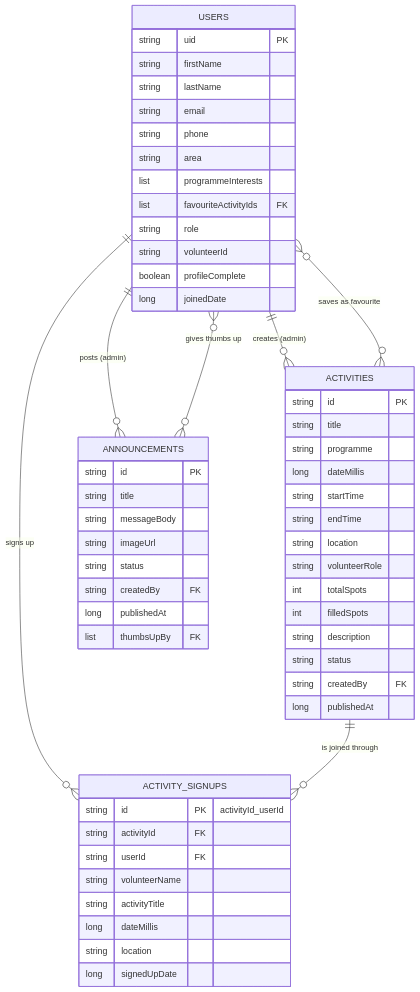
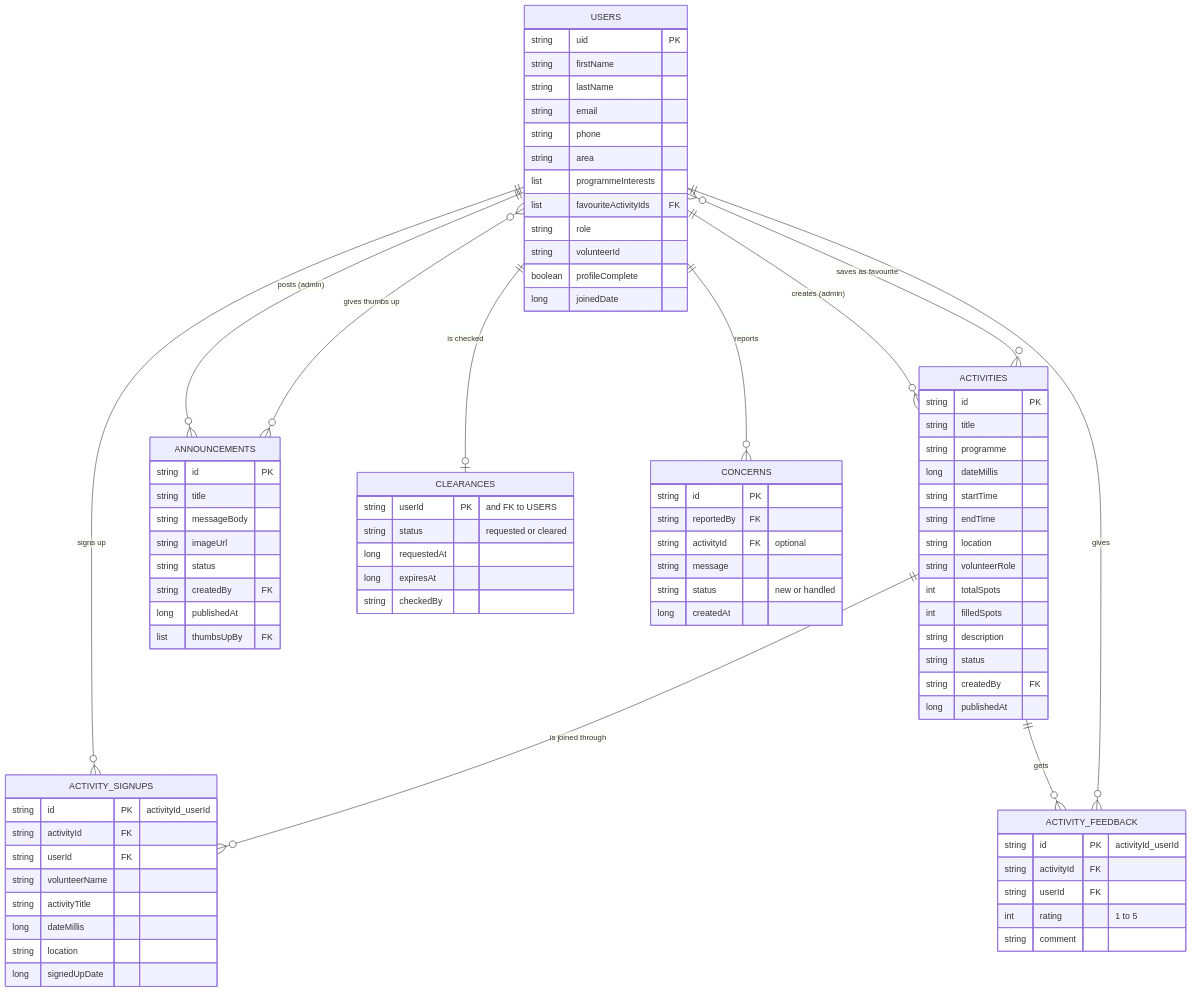
The diagram in README.md (Kwethukubonga/PAB_Volunteers), drawn with Mermaid before and after one commit. The commit also changed other lines of this file, not shown here.

````diff
--- a/README.md
+++ b/README.md
@@ -371,4 +383,34 @@
         long publishedAt
         list thumbsUpBy FK
     }
+
+    CLEARANCES {
+        string userId PK "and FK to USERS"
+        string status "requested or cleared"
+        long requestedAt
+        long expiresAt
+        string checkedBy
+    }
+
+    CONCERNS {
+        string id PK
+        string reportedBy FK
+        string activityId FK "optional"
+        string message
+        string status "new or handled"
+        long createdAt
+    }
+
+    ACTIVITY_FEEDBACK {
+        string id PK "activityId_userId"
+        string activityId FK
+        string userId FK
+        int rating "1 to 5"
+        string comment
+    }
+
+    USERS ||--o| CLEARANCES : "is checked"
+    USERS ||--o{ CONCERNS : "reports"
+    ACTIVITIES ||--o{ ACTIVITY_FEEDBACK : "gets"
+    USERS ||--o{ ACTIVITY_FEEDBACK : "gives"
 ```
````
